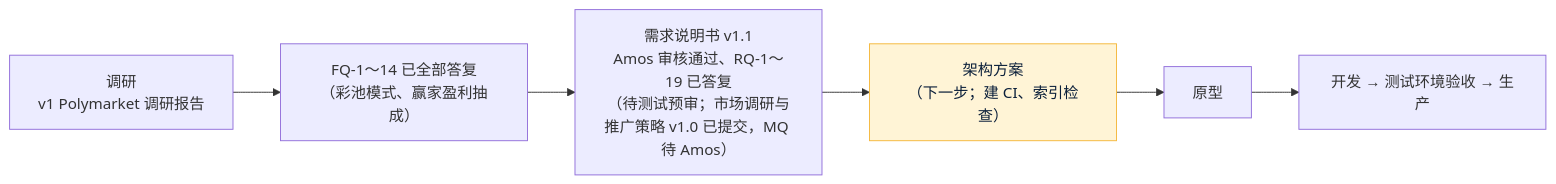
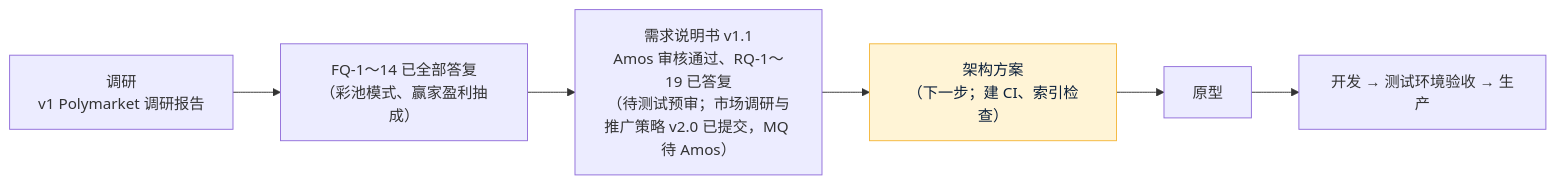
The diagram in 项目地图.md (dollar3651314/forecast), drawn with Mermaid before and after one commit. The commit also changed other lines of this file and 5 other files, not shown here.

First line of the commit message:
市场调研与推广策略 v2.0：按 Amos 批评重写为零预算冷启动方案；项目地图 / 索引 v0.7

````diff
--- a/项目地图.md
+++ b/项目地图.md
@@ -10,5 +10,5 @@
 ```mermaid
 flowchart LR
-    R["调研<br/>v1 Polymarket 调研报告"] --> Q["FQ-1～14 已全部答复<br/>（彩池模式、赢家盈利抽成）"] --> D["需求说明书 v1.1<br/>Amos 审核通过、RQ-1～19 已答复<br/>（待测试预审；市场调研与推广策略 v1.0 已提交，MQ 待 Amos）"] --> A["架构方案<br/>（下一步；建 CI、索引检查）"]:::now --> P["原型"] --> DEV["开发 → 测试环境验收 → 生产"]
+    R["调研<br/>v1 Polymarket 调研报告"] --> Q["FQ-1～14 已全部答复<br/>（彩池模式、赢家盈利抽成）"] --> D["需求说明书 v1.1<br/>Amos 审核通过、RQ-1～19 已答复<br/>（待测试预审；市场调研与推广策略 v2.0 已提交，MQ 待 Amos）"] --> A["架构方案<br/>（下一步；建 CI、索引检查）"]:::now --> P["原型"] --> DEV["开发 → 测试环境验收 → 生产"]
     classDef now fill:#FFF4D6,stroke:#F5B83D,color:#0B1F3A
 ```
````
